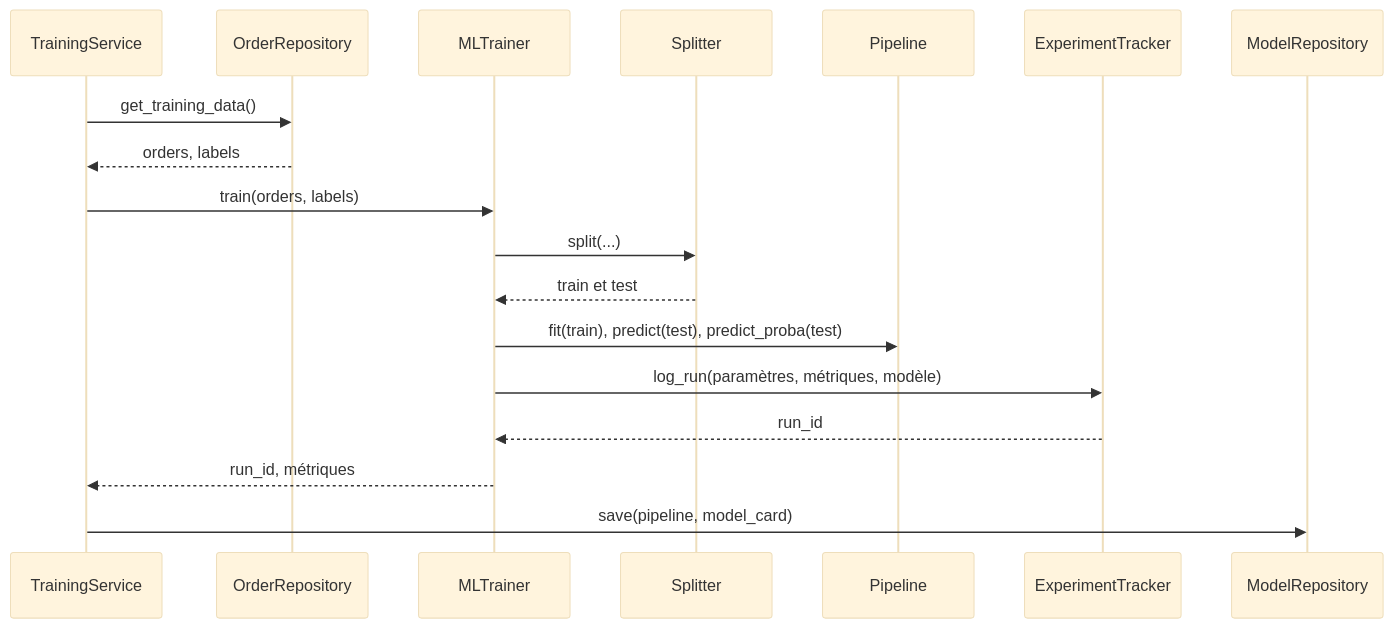
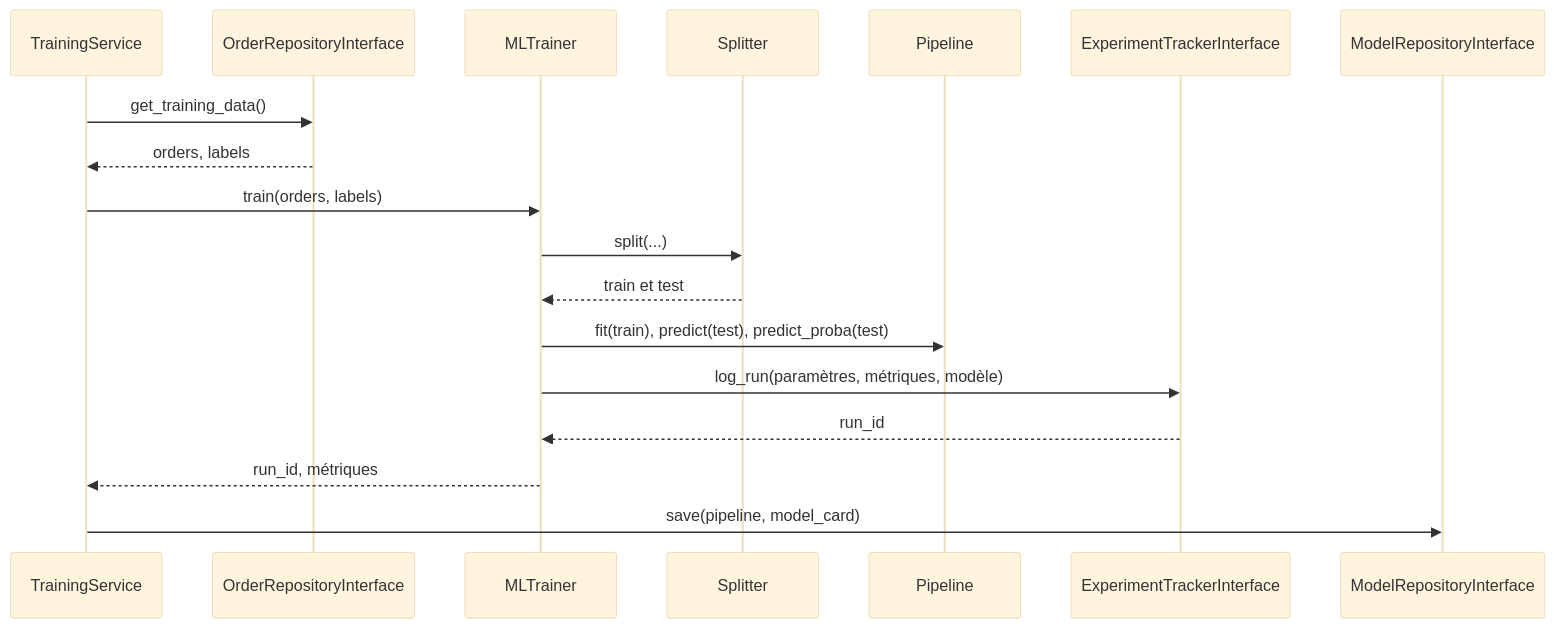
Before and after one commit to Golem953/eligibilite-livraison-express: the fifth of 7 diagrams in ARCHITECTURE-livraison-express-lite.md, drawn with Mermaid (base theme). The commit also changed other lines of this file and 3 other files, not shown here.

````diff
--- a/ARCHITECTURE-livraison-express-lite.md
+++ b/ARCHITECTURE-livraison-express-lite.md
@@ -242,20 +251,20 @@
 ```mermaid
 sequenceDiagram
     participant TS as TrainingService
-    participant R as OrderRepository
+    participant R as OrderRepositoryInterface
     participant T as MLTrainer
     participant S as Splitter
     participant P as Pipeline
-    participant K as ExperimentTracker
-    participant F as ModelRepository
+    participant K as ExperimentTrackerInterface
+    participant F as ModelRepositoryInterface
     TS->>R: get_training_data()
     R-->>TS: orders, labels
     TS->>T: train(orders, labels)
     T->>S: split(...)
     S-->>T: train et test
     T->>P: fit(train), predict(test), predict_proba(test)
     T->>K: log_run(paramètres, métriques, modèle)
     K-->>T: run_id
     T-->>TS: run_id, métriques
     TS->>F: save(pipeline, model_card)
 ```
````
